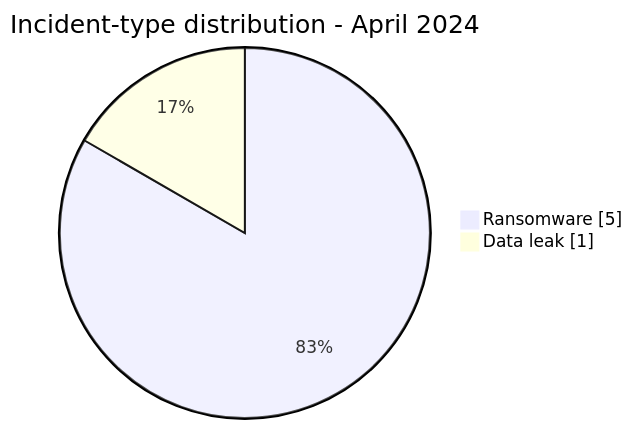
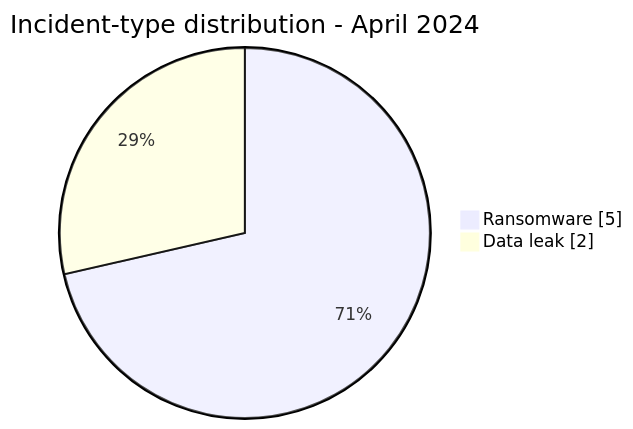
Before and after one commit to Hatchepsoute/AFRINTEL: the second of 2 diagrams in CyberAttackAfrica/2024/04-april/README.md, drawn with Mermaid. The commit also changed other lines of this file and 48 other files, not shown here.

````diff
--- a/CyberAttackAfrica/2024/04-april/README.md
+++ b/CyberAttackAfrica/2024/04-april/README.md
@@ -52,6 +53,6 @@
 ```mermaid
 pie showData
     title Incident-type distribution - April 2024
     "Ransomware" : 5
-    "Data leak" : 1
+    "Data leak" : 2
 ```
````
